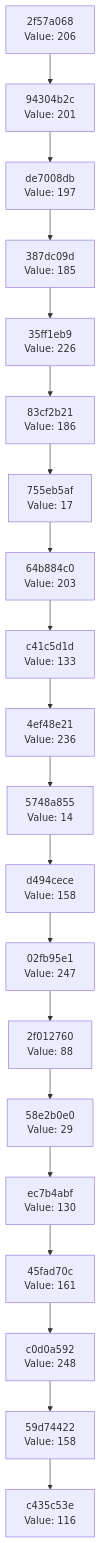
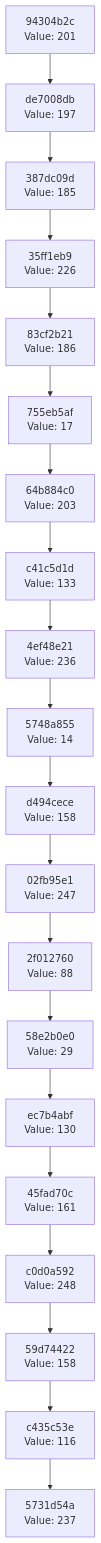
Before and after one commit to Abhisheksinha1506/hash-chain-evolver: the diagram in docs/CHAIN_VISUALIZATION.md, drawn with Mermaid. The commit also changed 2 other files, not shown here.

Commit message:
Evolution step: hash 0xED → action executed

````diff
--- a/docs/CHAIN_VISUALIZATION.md
+++ b/docs/CHAIN_VISUALIZATION.md
@@ -3,42 +3,42 @@
 ```mermaid
 graph TD
-    C0["c435c53e<br/>Value: 116"]
-    C1["59d74422<br/>Value: 158"]
+    C0["5731d54a<br/>Value: 237"]
+    C1["c435c53e<br/>Value: 116"]
     C1 --> C0
-    C2["c0d0a592<br/>Value: 248"]
+    C2["59d74422<br/>Value: 158"]
     C2 --> C1
-    C3["45fad70c<br/>Value: 161"]
+    C3["c0d0a592<br/>Value: 248"]
     C3 --> C2
-    C4["ec7b4abf<br/>Value: 130"]
+    C4["45fad70c<br/>Value: 161"]
     C4 --> C3
-    C5["58e2b0e0<br/>Value: 29"]
+    C5["ec7b4abf<br/>Value: 130"]
     C5 --> C4
-    C6["2f012760<br/>Value: 88"]
+    C6["58e2b0e0<br/>Value: 29"]
     C6 --> C5
-    C7["02fb95e1<br/>Value: 247"]
+    C7["2f012760<br/>Value: 88"]
     C7 --> C6
-    C8["d494cece<br/>Value: 158"]
+    C8["02fb95e1<br/>Value: 247"]
     C8 --> C7
-    C9["5748a855<br/>Value: 14"]
+    C9["d494cece<br/>Value: 158"]
     C9 --> C8
-    C10["4ef48e21<br/>Value: 236"]
+    C10["5748a855<br/>Value: 14"]
     C10 --> C9
-    C11["c41c5d1d<br/>Value: 133"]
+    C11["4ef48e21<br/>Value: 236"]
     C11 --> C10
-    C12["64b884c0<br/>Value: 203"]
+    C12["c41c5d1d<br/>Value: 133"]
     C12 --> C11
-    C13["755eb5af<br/>Value: 17"]
+    C13["64b884c0<br/>Value: 203"]
     C13 --> C12
-    C14["83cf2b21<br/>Value: 186"]
+    C14["755eb5af<br/>Value: 17"]
     C14 --> C13
-    C15["35ff1eb9<br/>Value: 226"]
+    C15["83cf2b21<br/>Value: 186"]
     C15 --> C14
-    C16["387dc09d<br/>Value: 185"]
+    C16["35ff1eb9<br/>Value: 226"]
     C16 --> C15
-    C17["de7008db<br/>Value: 197"]
+    C17["387dc09d<br/>Value: 185"]
     C17 --> C16
-    C18["94304b2c<br/>Value: 201"]
+    C18["de7008db<br/>Value: 197"]
     C18 --> C17
-    C19["2f57a068<br/>Value: 206"]
+    C19["94304b2c<br/>Value: 201"]
     C19 --> C18
 ```
````
